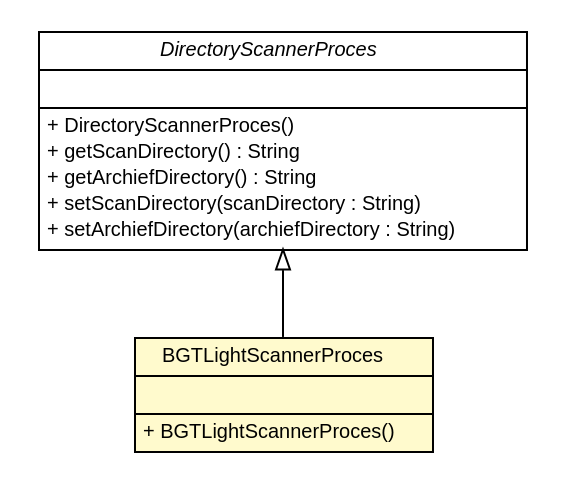
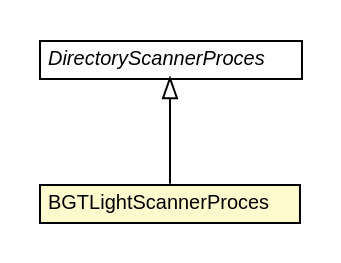
One commit to B3Partners/brmo changed the diagram in brmo-persistence/apidocs/nl/b3p/brmo/persistence/staging/BGTLightScannerProces.dot. Above: the diagram before and after it, drawn with Graphviz. The commit also changed 252 other files, not shown here.

```diff
--- a/brmo-persistence/apidocs/nl/b3p/brmo/persistence/staging/BGTLightScannerProces.dot
+++ b/brmo-persistence/apidocs/nl/b3p/brmo/persistence/staging/BGTLightScannerProces.dot
@@ -1,42 +1,26 @@
 #!/usr/local/bin/dot
 #
 # Class diagram 
 # Generated by UMLGraph version R5_6-24-gf6e263 (http://www.umlgraph.org/)
 #
 
 digraph G {
 	edge [fontname="Helvetica",fontsize=10,labelfontname="Helvetica",labelfontsize=10];
 	node [fontname="Helvetica",fontsize=10,shape=plaintext];
 	nodesep=0.25;
 	ranksep=0.5;
 	// nl.b3p.brmo.persistence.staging.BGTLightScannerProces
-	c176 [label=<<table title="nl.b3p.brmo.persistence.staging.BGTLightScannerProces" border="0" cellborder="1" cellspacing="0" cellpadding="2" port="p" bgcolor="lemonChiffon" href="./BGTLightScannerProces.html">
+	c171 [label=<<table title="nl.b3p.brmo.persistence.staging.BGTLightScannerProces" border="0" cellborder="1" cellspacing="0" cellpadding="2" port="p" bgcolor="lemonChiffon" href="./BGTLightScannerProces.html">
 		<tr><td><table border="0" cellspacing="0" cellpadding="1">
 <tr><td align="center" balign="center"> BGTLightScannerProces </td></tr>
 		</table></td></tr>
-		<tr><td><table border="0" cellspacing="0" cellpadding="1">
-<tr><td align="left" balign="left">  </td></tr>
-		</table></td></tr>
-		<tr><td><table border="0" cellspacing="0" cellpadding="1">
-<tr><td align="left" balign="left"> + BGTLightScannerProces() </td></tr>
-		</table></td></tr>
 		</table>>, URL="./BGTLightScannerProces.html", fontname="Helvetica", fontcolor="black", fontsize=10.0];
 	// nl.b3p.brmo.persistence.staging.DirectoryScannerProces
-	c189 [label=<<table title="nl.b3p.brmo.persistence.staging.DirectoryScannerProces" border="0" cellborder="1" cellspacing="0" cellpadding="2" port="p" href="./DirectoryScannerProces.html">
+	c184 [label=<<table title="nl.b3p.brmo.persistence.staging.DirectoryScannerProces" border="0" cellborder="1" cellspacing="0" cellpadding="2" port="p" href="./DirectoryScannerProces.html">
 		<tr><td><table border="0" cellspacing="0" cellpadding="1">
 <tr><td align="center" balign="center"><font face="Helvetica-Oblique"> DirectoryScannerProces </font></td></tr>
 		</table></td></tr>
-		<tr><td><table border="0" cellspacing="0" cellpadding="1">
-<tr><td align="left" balign="left">  </td></tr>
-		</table></td></tr>
-		<tr><td><table border="0" cellspacing="0" cellpadding="1">
-<tr><td align="left" balign="left"> + DirectoryScannerProces() </td></tr>
-<tr><td align="left" balign="left"> + getScanDirectory() : String </td></tr>
-<tr><td align="left" balign="left"> + getArchiefDirectory() : String </td></tr>
-<tr><td align="left" balign="left"> + setScanDirectory(scanDirectory : String) </td></tr>
-<tr><td align="left" balign="left"> + setArchiefDirectory(archiefDirectory : String) </td></tr>
-		</table></td></tr>
 		</table>>, URL="./DirectoryScannerProces.html", fontname="Helvetica", fontcolor="black", fontsize=10.0];
 	//nl.b3p.brmo.persistence.staging.BGTLightScannerProces extends nl.b3p.brmo.persistence.staging.DirectoryScannerProces
-	c189:p -> c176:p [dir=back,arrowtail=empty];
+	c184:p -> c171:p [dir=back,arrowtail=empty];
 }
```
